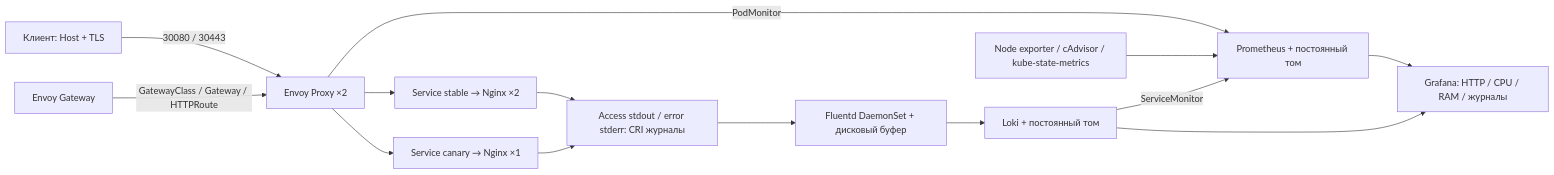
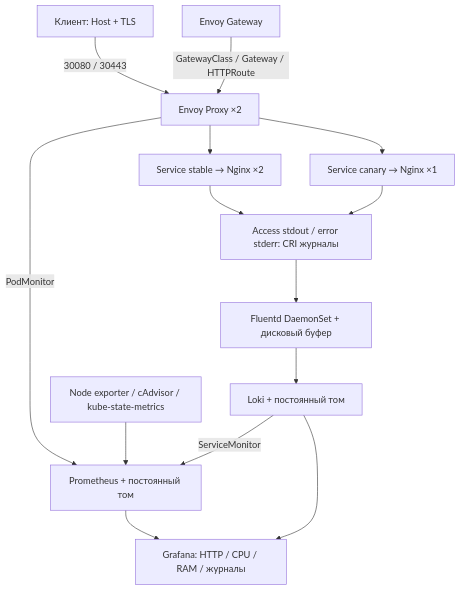
The diagram in README.md (SteffanBreak/mtc-engineer-hack-devops), drawn with Mermaid before and after one commit.

Commit message:
Поправил схему

````diff
--- a/README.md
+++ b/README.md
@@ -9,16 +9,16 @@
 ```mermaid
-flowchart LR
+flowchart TB
     Client[Клиент: Host + TLS] -->|30080 / 30443| Envoy[Envoy Proxy ×2]
     Controller[Envoy Gateway] -->|GatewayClass / Gateway / HTTPRoute| Envoy
     Envoy --> Stable[Service stable → Nginx ×2]
     Envoy --> Canary[Service canary → Nginx ×1]
     Stable --> CRI[Access stdout / error stderr: CRI журналы]
     Canary --> CRI
     CRI --> Fluentd[Fluentd DaemonSet + дисковый буфер]
     Fluentd --> Loki[Loki + постоянный том]
     Envoy -->|PodMonitor| Prometheus[Prometheus + постоянный том]
     Node[Node exporter / cAdvisor / kube-state-metrics] --> Prometheus
     Loki -->|ServiceMonitor| Prometheus
     Prometheus --> Grafana[Grafana: HTTP / CPU / RAM / журналы]
     Loki --> Grafana
 ```
````
